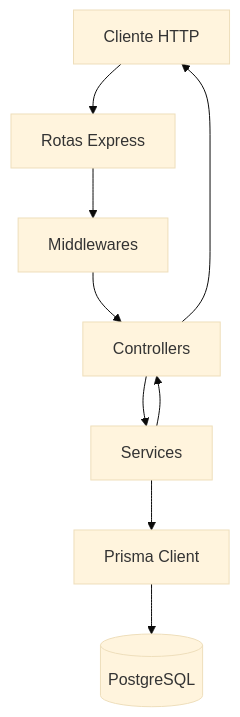
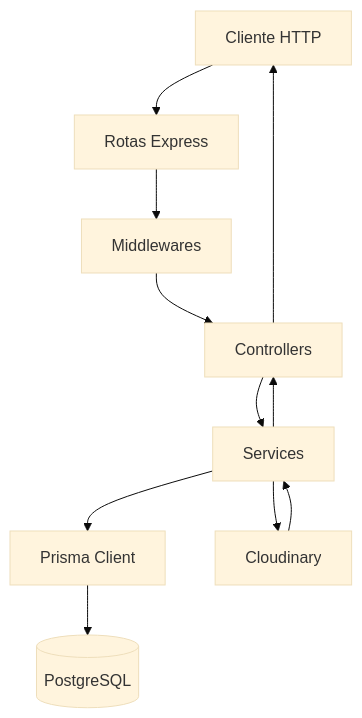
One commit to wilker22/tratoria changed the first of 2 diagrams in CONTEXTO_PROJETO_PIZZARIA.md. Above: the diagram before and after it, drawn with Mermaid (base theme). The commit also changed other lines of this file, not shown here.

````diff
--- a/CONTEXTO_PROJETO_PIZZARIA.md
+++ b/CONTEXTO_PROJETO_PIZZARIA.md
@@ -21,11 +22,13 @@
 ```mermaid
 flowchart TD
     A[Cliente HTTP] --> B[Rotas Express]
     B --> C[Middlewares]
     C --> D[Controllers]
     D --> E[Services]
     E --> F[Prisma Client]
     F --> G[(PostgreSQL)]
+    E --> H[Cloudinary]
+    H --> E
     E --> D
     D --> A
 ```
````
